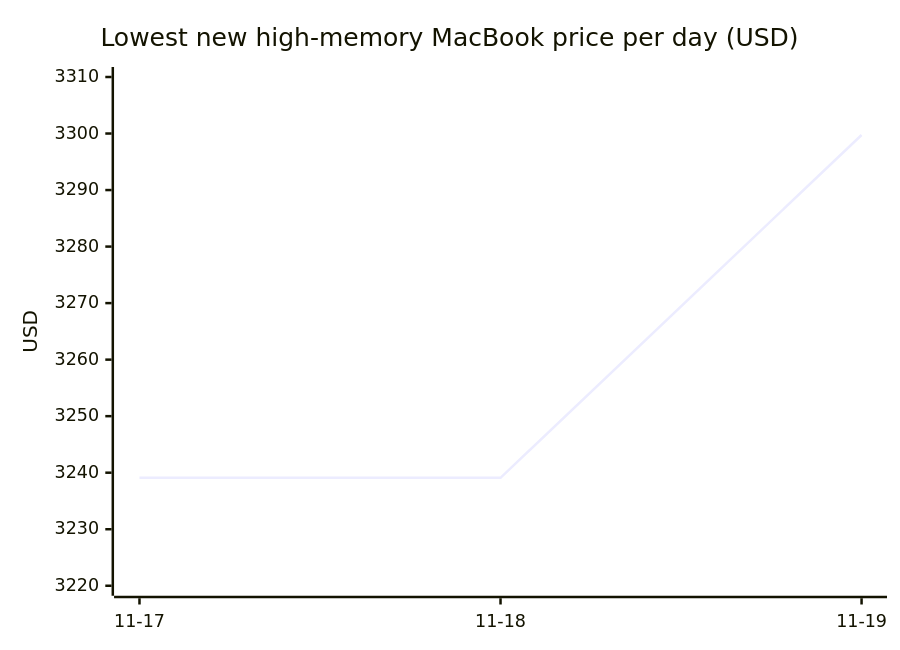
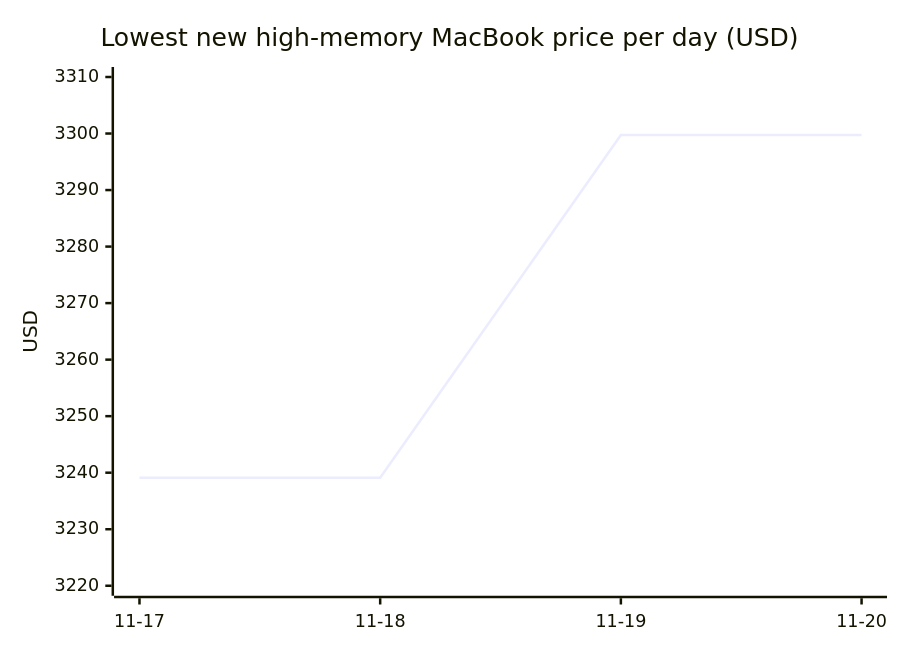
Diagram 17 of 18 in README.md (7324136828/4tb_ssd_price_watch), drawn with Mermaid before and after one commit. The commit also changed other lines of this file, not shown here.

````diff
--- a/README.md
+++ b/README.md
@@ -1243,7 +1311,7 @@
 ```mermaid
 xychart-beta
     title "Lowest new high-memory MacBook price per day (USD)"
-    x-axis ["11-17", "11-18", "11-19"]
+    x-axis ["11-17", "11-18", "11-19", "11-20"]
     y-axis "USD" 3220 --> 3310
-    line [3239.09, 3239.10, 3299.74]
+    line [3239.09, 3239.10, 3299.74, 3299.74]
 ```
````
